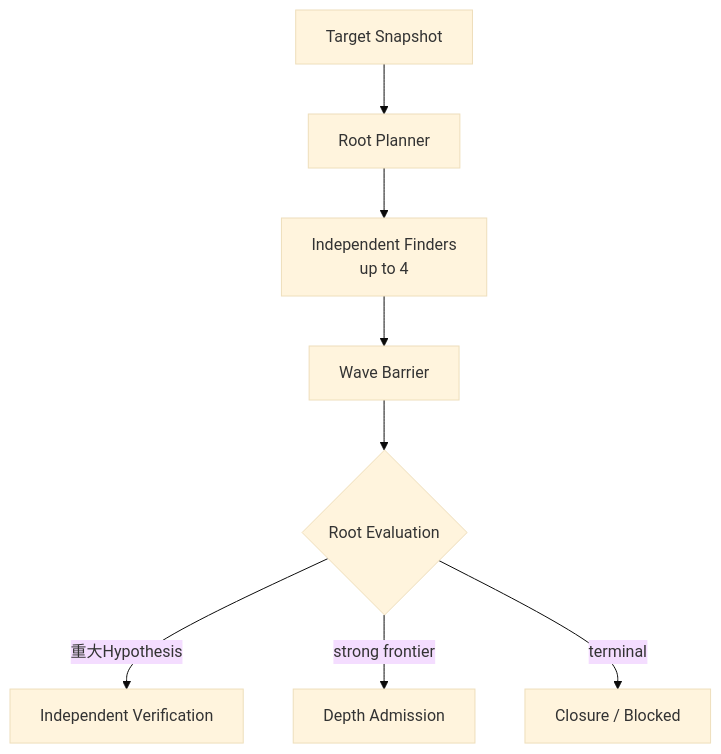
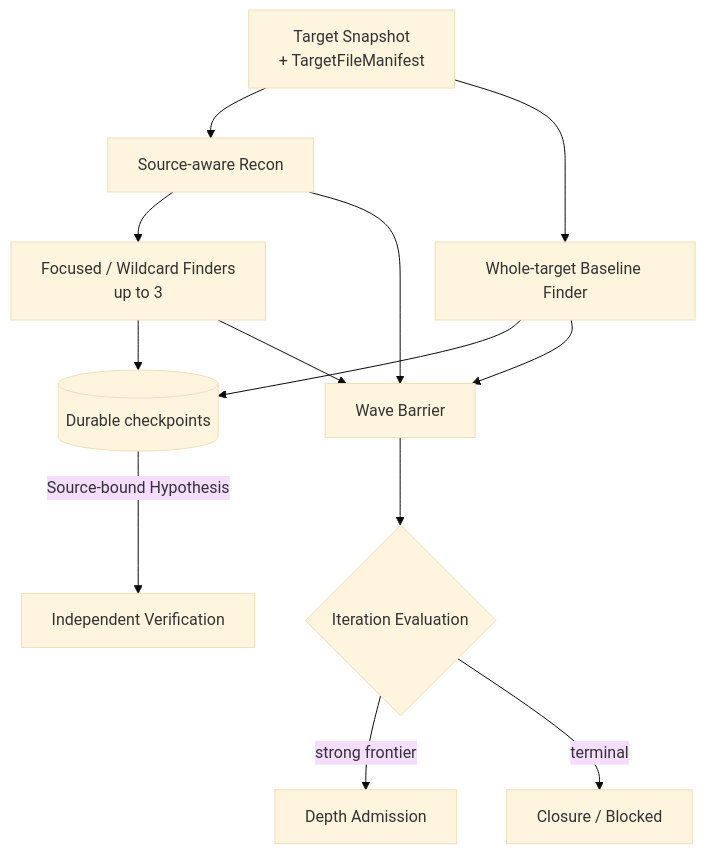
Before and after one commit to momoponwork1415-lgtm/wordpress-harness: the first of 2 diagrams in docs/design/exploration-seam.md, drawn with Mermaid (base theme). The commit also changed other lines of this file and 100 other files, not shown here.

````diff
--- a/docs/design/exploration-seam.md
+++ b/docs/design/exploration-seam.md
@@ -38,7 +112,15 @@
 ```mermaid
 flowchart TB
-    input["Target Snapshot"] --> planner["Root Planner"] --> finders["Independent Finders<br/>up to 4"] --> barrier["Wave Barrier"] --> evaluation{"Root Evaluation"}
-    evaluation -->|"重大Hypothesis"| verify["Independent Verification"]
+    input["Target Snapshot<br/>+ TargetFileManifest"] --> recon["Source-aware Recon"]
+    input --> baseline["Whole-target Baseline Finder"]
+    recon --> focused["Focused / Wildcard Finders<br/>up to 3"]
+    baseline --> checkpoints[("Durable checkpoints")]
+    focused --> checkpoints
+    checkpoints -->|"Source-bound Hypothesis"| verify["Independent Verification"]
+    recon --> barrier["Wave Barrier"]
+    baseline --> barrier
+    focused --> barrier
+    barrier --> evaluation{"Iteration Evaluation"}
     evaluation -->|"strong frontier"| admission["Depth Admission"]
     evaluation -->|"terminal"| stop["Closure / Blocked"]
 ```
````
